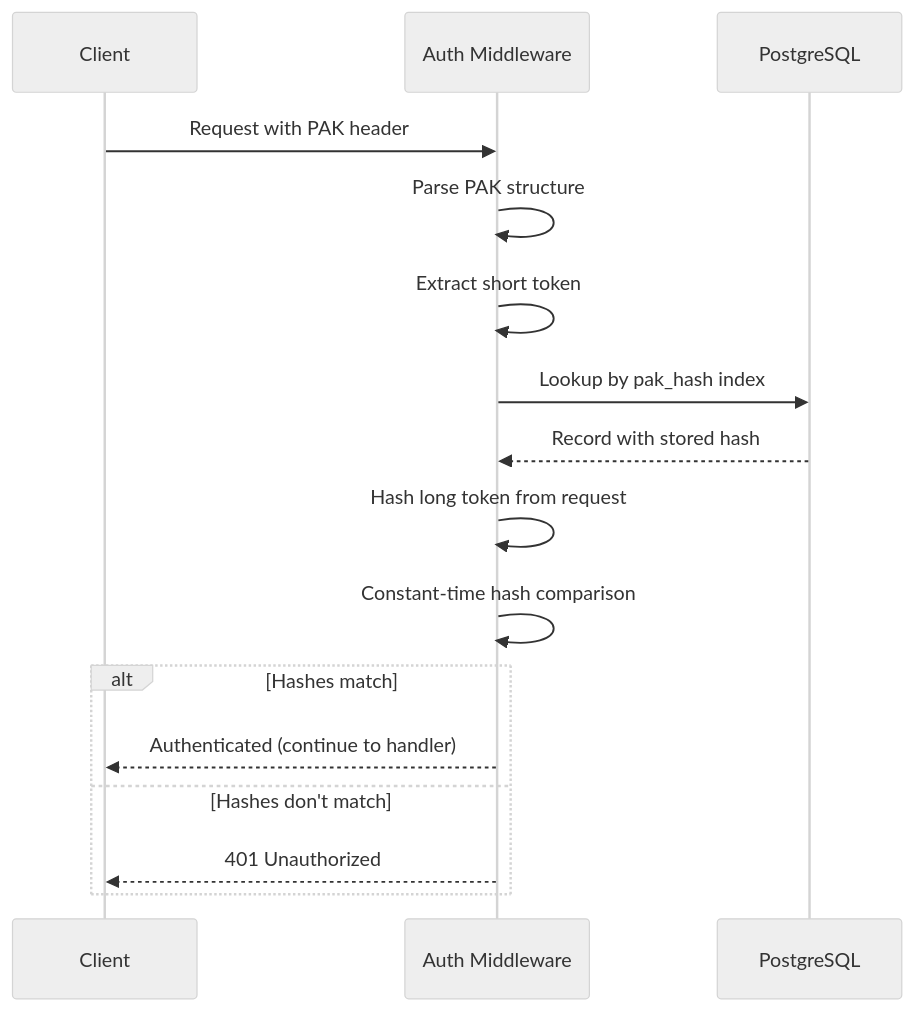
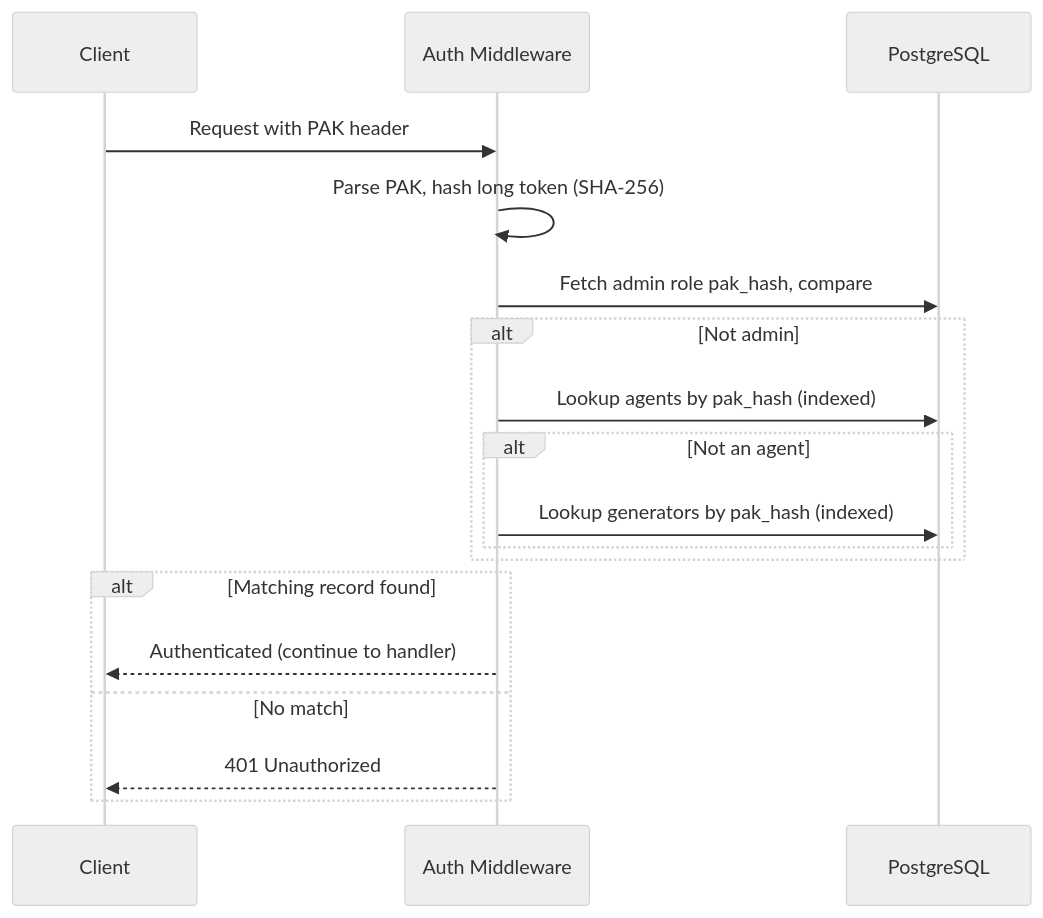
One commit to colliery-io/brokkr changed the second of 2 diagrams in docs/src/explanation/security-model.md. Above: the diagram before and after it, drawn with Mermaid (neutral theme). The commit also changed other lines of this file and 178 other files, not shown here.

````diff
--- a/docs/src/explanation/security-model.md
+++ b/docs/src/explanation/security-model.md
@@ -105,21 +105,22 @@
 ```mermaid
 sequenceDiagram
     participant Client
     participant Middleware as Auth Middleware
     participant DB as PostgreSQL
 
     Client->>Middleware: Request with PAK header
-    Middleware->>Middleware: Parse PAK structure
-    Middleware->>Middleware: Extract short token
-    Middleware->>DB: Lookup by pak_hash index
-    DB-->>Middleware: Record with stored hash
+    Middleware->>Middleware: Parse PAK, hash long token (SHA-256)
+    Middleware->>DB: Fetch admin role pak_hash, compare
+    alt Not admin
+        Middleware->>DB: Lookup agents by pak_hash (indexed)
+        alt Not an agent
+            Middleware->>DB: Lookup generators by pak_hash (indexed)
+        end
+    end
 
-    Middleware->>Middleware: Hash long token from request
-    Middleware->>Middleware: Constant-time hash comparison
-
-    alt Hashes match
+    alt Matching record found
         Middleware-->>Client: Authenticated (continue to handler)
-    else Hashes don't match
+    else No match
         Middleware-->>Client: 401 Unauthorized
     end
 ```
````
